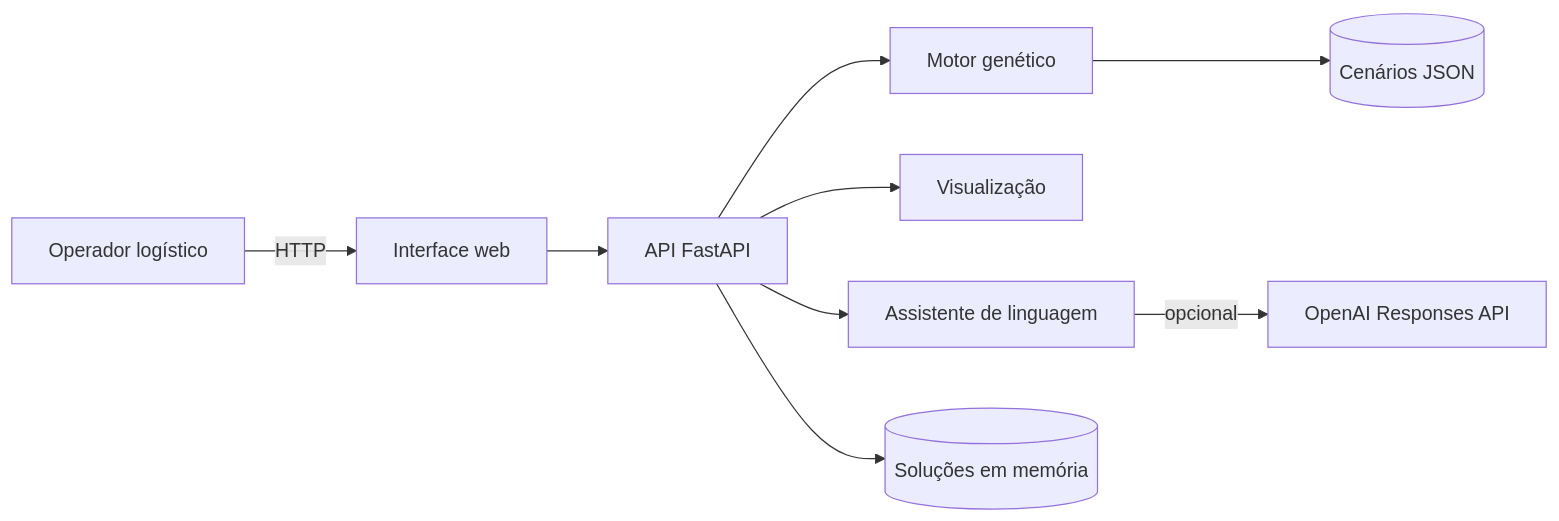
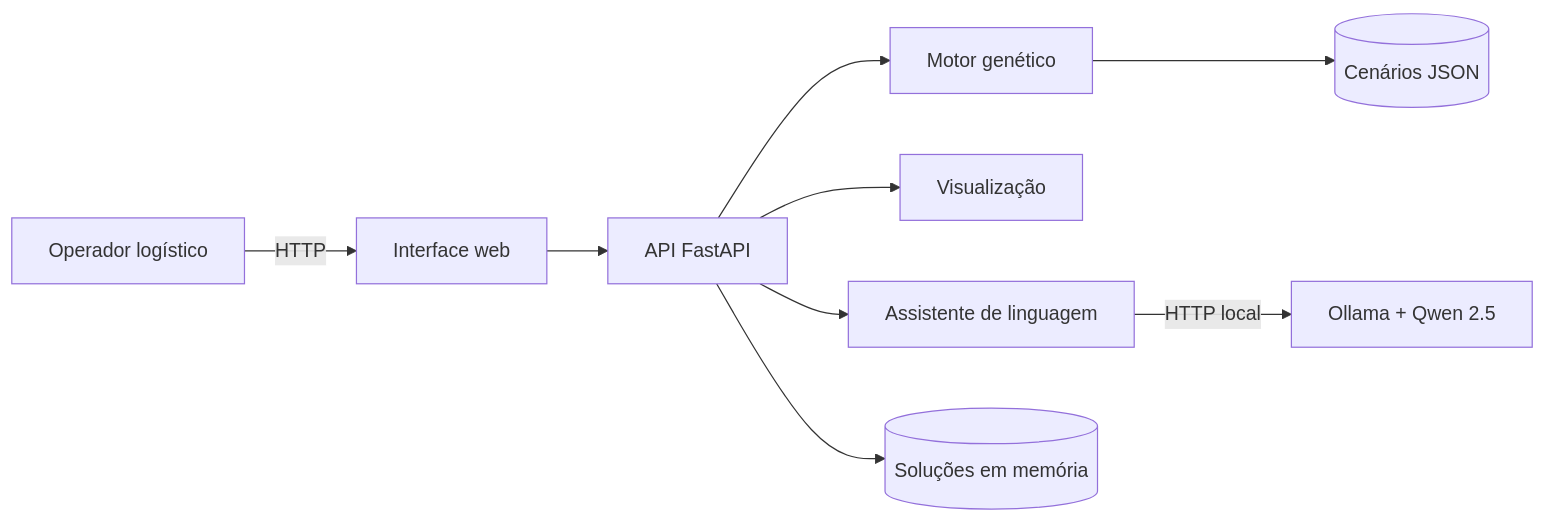
One commit to caiodesigner/challenge-fiap-fase-2 changed the first of 5 diagrams in docs/arquitetura.md. Above: the diagram before and after it, drawn with Mermaid. The commit also changed other lines of this file and 31 other files, not shown here.

````diff
--- a/docs/arquitetura.md
+++ b/docs/arquitetura.md
@@ -10,11 +10,11 @@
 ```mermaid
 flowchart LR
     O[Operador logístico] -->|HTTP| W[Interface web]
     W --> A[API FastAPI]
     A --> G[Motor genético]
     A --> V[Visualização]
     A --> L[Assistente de linguagem]
     G --> D[(Cenários JSON)]
-    L -->|opcional| X[OpenAI Responses API]
+    L -->|HTTP local| X[Ollama + Qwen 2.5]
     A --> M[(Soluções em memória)]
 ```
````
